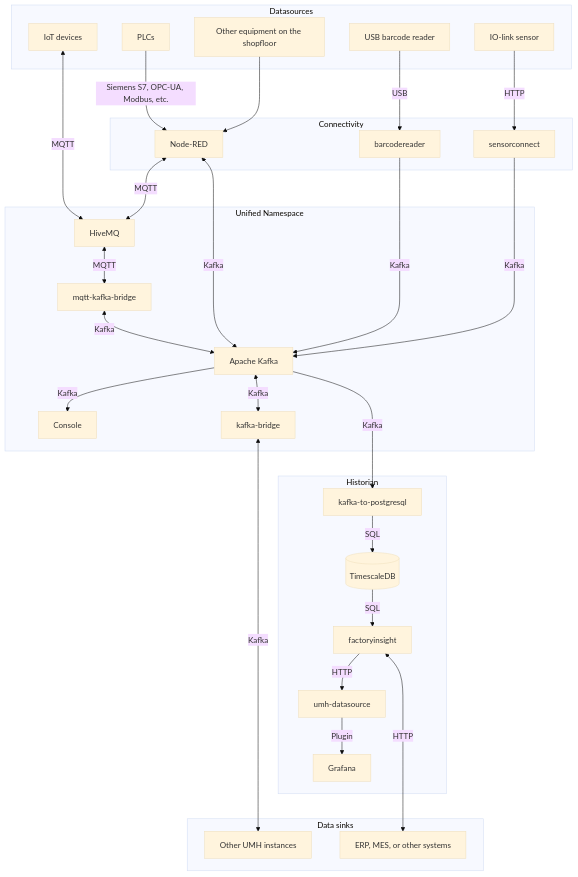
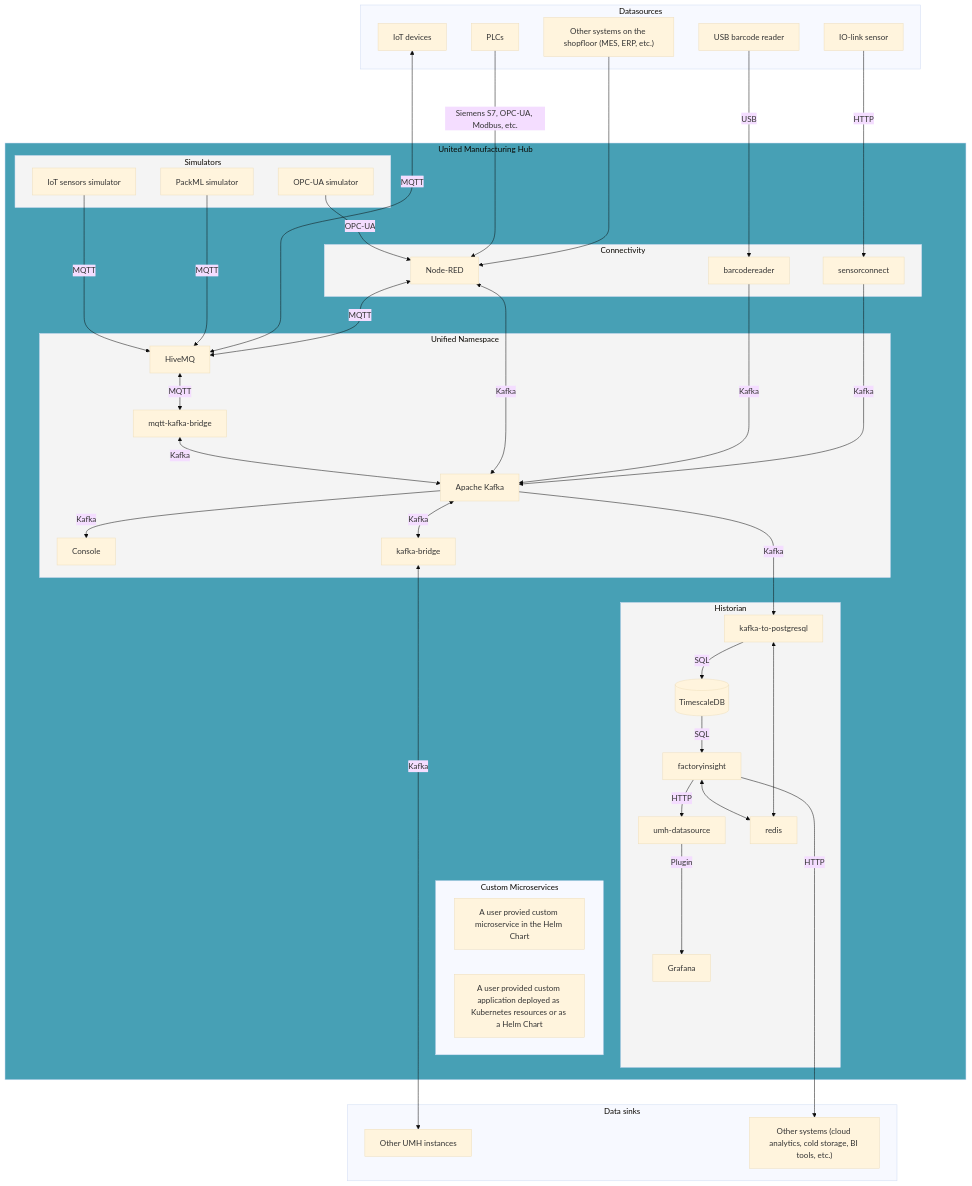
The diagram in umh.docs.umh.app/content/en/docs/architecture/_index.md (united-manufacturing-hub/umh.docs.umh.app), drawn with Mermaid (base theme) before and after one commit. The commit also changed other lines of this file, not shown here.

Commit message:
feat: added architecture

```diff
--- a/umh.docs.umh.app/content/en/docs/architecture/_index.md
+++ b/umh.docs.umh.app/content/en/docs/architecture/_index.md
@@ -11,59 +11,95 @@
 {{< mermaid theme="neutral" >}}
 flowchart 
-    subgraph Unified Namespace
-        kafka["Apache Kafka"]
-        mqtt["HiveMQ"]
-        console["Console"]
-        kafka-bridge
+    subgraph UMH["United Manufacturing Hub"]
+        style UMH fill:#47a0b5
+        subgraph UNS["Unified Namespace"]
+            style UNS fill:#f4f4f4
+            kafka["Apache Kafka"]
+            mqtt["HiveMQ"]
+            console["Console"]
+            kafka-bridge
+            mqtt-kafka-bridge["mqtt-kafka-bridge"]
 
-        mqtt-kafka-bridge["mqtt-kafka-bridge"]
-        mqtt <-- MQTT --> mqtt-kafka-bridge <-- Kafka --> kafka
-        kafka -- Kafka --> console
+            click kafka "./microservices/kafka"
+            click mqtt "./microservices/hivemq"
+            click console "./microservices/console"
+            click kafka-bridge "./microservices/kafka-bridge"
+            click mqtt-kafka-bridge "./microservices/mqtt-kafka-bridge"
+
+
+            mqtt <-- MQTT --> mqtt-kafka-bridge <-- Kafka --> kafka
+            kafka -- Kafka --> console
+        end
+        subgraph custom["Custom Microservices"]
+            custom-microservice["A user provied custom microservice in the Helm Chart"]
+            custom-application["A user provided custom application deployed as Kubernetes resources or as a Helm Chart"]
+            click custom-microservice "./microservices/custom"
+        end
+        subgraph Historian
+            style Historian fill:#f4f4f4
+            kafka-to-postgresql
+            timescaledb[("TimescaleDB")]
+            factoryinsight
+            umh-datasource
+            grafana["Grafana"]
+            redis
+
+            click kafka-to-postgresql "./microservices/kafka-to-postgresql"
+            click timescaledb "./microservices/timescaledb"
+            click factoryinsight "./microservices/factoryinsight"
+            click grafana "./microservices/grafana"
+            click redis "./microservices/redis"
+
+            kafka -- Kafka ---> kafka-to-postgresql
+            kafka-to-postgresql -- SQL --> timescaledb
+            timescaledb -- SQL --> factoryinsight
+            factoryinsight -- HTTP --> umh-datasource
+            umh-datasource --Plugin--> grafana
+            factoryinsight <--> redis
+            kafka-to-postgresql <--> redis
+        end 
+
+
+        subgraph Connectivity
+            style Connectivity fill:#f4f4f4
+            nodered["Node-RED"] 
+            barcodereader
+            sensorconnect
+
+            click nodered "./microservices/nodered"
+            click barcodereader "./microservices/barcodereader"
+            click sensorconnect "./microservices/sensorconnect"
+
+            nodered  <-- Kafka --> kafka
+            
+            barcodereader -- Kafka --> kafka
+            sensorconnect -- Kafka --> kafka
+        end
+
+        subgraph Simulators
+            style Simulators fill:#f4f4f4
+            mqtt-simulator["IoT sensors simulator"]
+            packml-simulator["PackML simulator"]
+            opcua-simulator["OPC-UA simulator"]
+
+            click mqtt-simulator "./microservices/iotsensorsmqtt"
+            click packml-simulator "./microservices/packml-simulator"
+            click opcua-simulator "./microservices/opcua-simulator"
+
+            mqtt-simulator -- MQTT --> mqtt
+            packml-simulator -- MQTT --> mqtt
+            opcua-simulator -- OPC-UA --> nodered
+        end
     end
-
-    subgraph Historian
-        kafka-to-postgresql
-        timescaledb[("TimescaleDB")]
-        factoryinsight
-        umh-datasource
-        grafana["Grafana"]
-
-        kafka -- Kafka ---> kafka-to-postgresql
-        kafka-to-postgresql -- SQL --> timescaledb
-        timescaledb -- SQL --> factoryinsight
-        factoryinsight -- HTTP --> umh-datasource
-        umh-datasource --Plugin--> grafana
-    end 
-
-     subgraph Data sinks
-         umh-other["Other UMH instances"]
-         erp["ERP, MES, or other systems"]
-         
-         kafka <-- Kafka --> kafka-bridge
-         kafka-bridge <-- Kafka ----> umh-other
-         factoryinsight <-- HTTP ----> erp
-     end
-
-    subgraph Connectivity
-        nodered["Node-RED"] 
-        barcodereader
-        sensorconnect
-
-        nodered  <-- Kafka --> kafka
-        
-        barcodereader -- Kafka --> kafka
-        sensorconnect -- Kafka --> kafka
-    end
-
     subgraph Datasources
         plc["PLCs"]
-        other["Other equipment on the shopfloor"]
+        other["Other systems on the shopfloor (MES, ERP, etc.)"]
         barcode["USB barcode reader"]
         ifm["IO-link sensor"]
         iot["IoT devices"]
 
         plc -- "Siemens S7, OPC-UA, Modbus, etc." --> nodered
-        other -- " " --> nodered
+        other -- " " ----> nodered
         ifm -- HTTP --> sensorconnect
         barcode -- USB --> barcodereader
         iot <-- MQTT --> mqtt
@@ -72,4 +108,12 @@
         nodered <-- MQTT -->  mqtt
     end
 
+     subgraph Data sinks
+         umh-other["Other UMH instances"]
+         other-systems["Other systems (cloud analytics, cold storage, BI tools, etc.)"]
+         
+         kafka <-- Kafka --> kafka-bridge
+         kafka-bridge <-- Kafka ----> umh-other
+         factoryinsight -- HTTP ----> other-systems
+     end
 {{</ mermaid >}}
```
